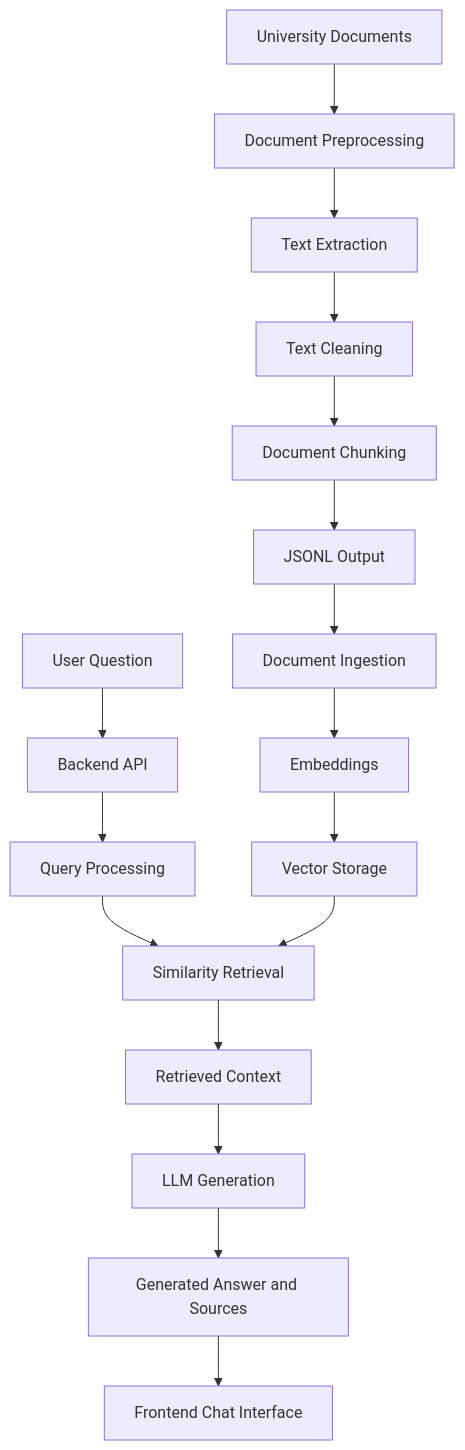
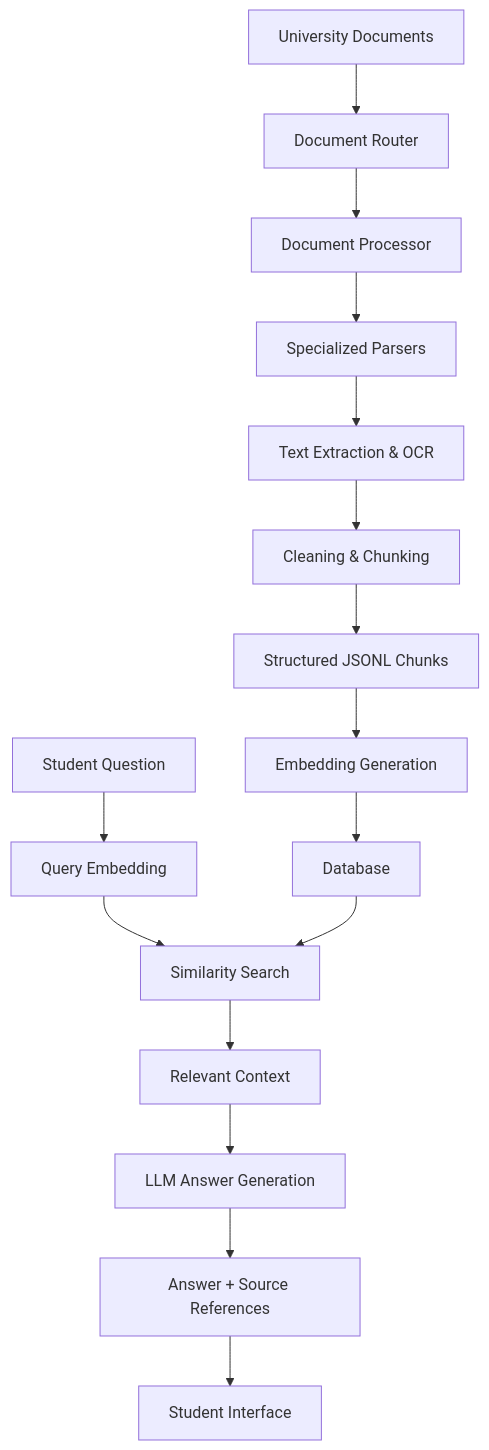
Before and after one commit to sofiakhorf/RAG-USTHB: the diagram in README.md, drawn with Mermaid. The commit also changed other lines of this file, not shown here.

````diff
--- a/README.md
+++ b/README.md
@@ -30,20 +64,19 @@
 ```mermaid
 flowchart TD
-    A[University Documents] --> B[Document Preprocessing]
-    B --> C[Text Extraction]
-    C --> D[Text Cleaning]
-    D --> E[Document Chunking]
-    E --> F[JSONL Output]
-    F --> G[Document Ingestion]
-    G --> H[Embeddings]
-    H --> I[Vector Storage]
-    
-    J[User Question] --> K[Backend API]
-    K --> L[Query Processing]
-    L --> M[Similarity Retrieval]
-    I --> M
-    M --> N[Retrieved Context]
-    N --> O[LLM Generation]
-    O --> P[Generated Answer and Sources]
-    P --> Q[Frontend Chat Interface]
+    A["University Documents"] --> B["Document Router"]
+    B --> C["Document Processor"]
+    C --> D["Specialized Parsers"]
+    D --> E["Text Extraction & OCR"]
+    E --> F["Cleaning & Chunking"]
+    F --> G["Structured JSONL Chunks"]
+    G --> H["Embedding Generation"]
+    H --> I["Database"]
+
+    J["Student Question"] --> K["Query Embedding"]
+    K --> L["Similarity Search"]
+    I --> L
+    L --> M["Relevant Context"]
+    M --> N["LLM Answer Generation"]
+    N --> O["Answer + Source References"]
+    O --> P["Student Interface"]
 ```
````
